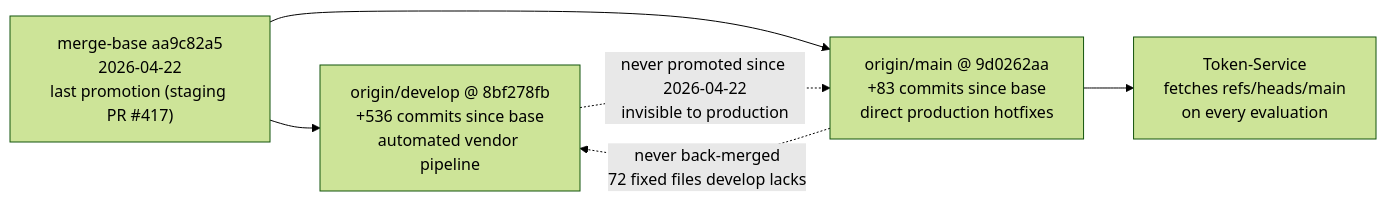
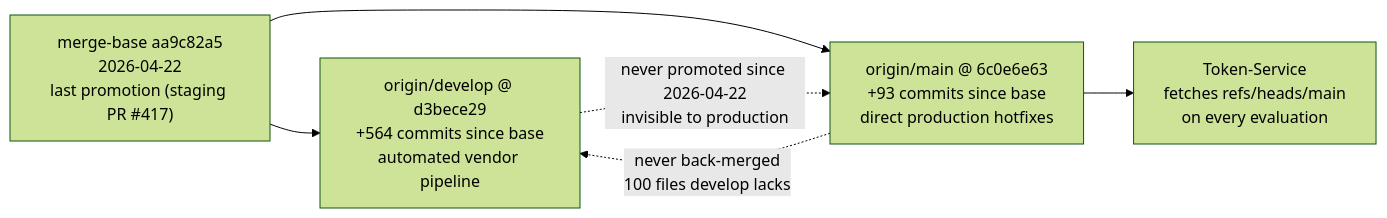
One commit to spektrum-labs/Transformations changed the first of 3 diagrams in docs2/13-release-and-branches.md. Above: the diagram before and after it, drawn with Mermaid (forest theme). The commit also changed other lines of this file and 7 other files, not shown here.

First line of the commit message:
docs: sync docs2 with develop @ d3bece29 and main @ 6c0e6e63

````diff
--- a/docs2/13-release-and-branches.md
+++ b/docs2/13-release-and-branches.md
@@ -20,12 +20,12 @@
 ```mermaid
 flowchart LR
     base["merge-base aa9c82a5<br/>2026-04-22<br/>last promotion (staging PR #417)"]
-    dev["origin/develop @ 8bf278fb<br/>+536 commits since base<br/>automated vendor pipeline"]
-    prod["origin/main @ 9d0262aa<br/>+83 commits since base<br/>direct production hotfixes"]
+    dev["origin/develop @ d3bece29<br/>+564 commits since base<br/>automated vendor pipeline"]
+    prod["origin/main @ 6c0e6e63<br/>+93 commits since base<br/>direct production hotfixes"]
     ts["Token-Service<br/>fetches refs/heads/main<br/>on every evaluation"]
     base --> dev
     base --> prod
     prod --> ts
     dev -. "never promoted since 2026-04-22<br/>invisible to production" .-> prod
-    prod -. "never back-merged<br/>72 fixed files develop lacks" .-> dev
+    prod -. "never back-merged<br/>100 files develop lacks" .-> dev
 ```
````
